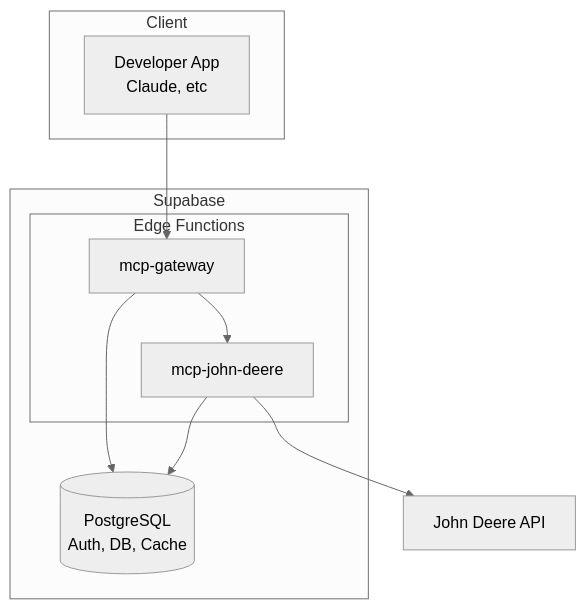
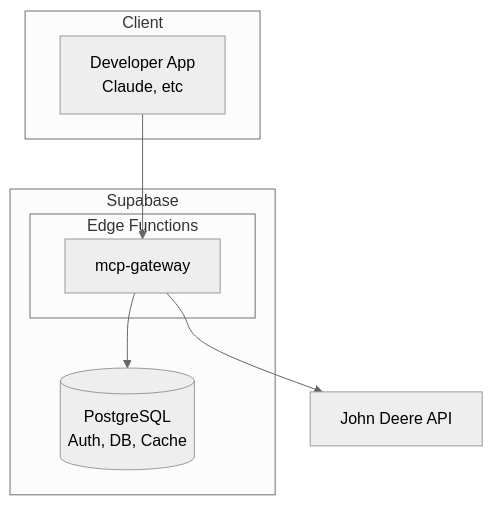
Before and after one commit to ProductOfAmerica/field-mcp: the diagram in CLAUDE.md, drawn with Mermaid (neutral theme). The commit also changed other lines of this file and 11 other files, not shown here.

````diff
--- a/CLAUDE.md
+++ b/CLAUDE.md
@@ -50,22 +50,19 @@
 ```mermaid
 flowchart TB
     subgraph Client
         A[Developer App<br/>Claude, etc]
     end
-    
+
     subgraph Supabase
         subgraph Edge Functions
             B[mcp-gateway]
-            C[mcp-john-deere]
         end
         D[(PostgreSQL<br/>Auth, DB, Cache)]
     end
-    
+
     E[John Deere API]
-    
+
     A --> B
-    B --> C
     B --> D
-    C --> D
-    C --> E
+    B --> E
 ```
````
